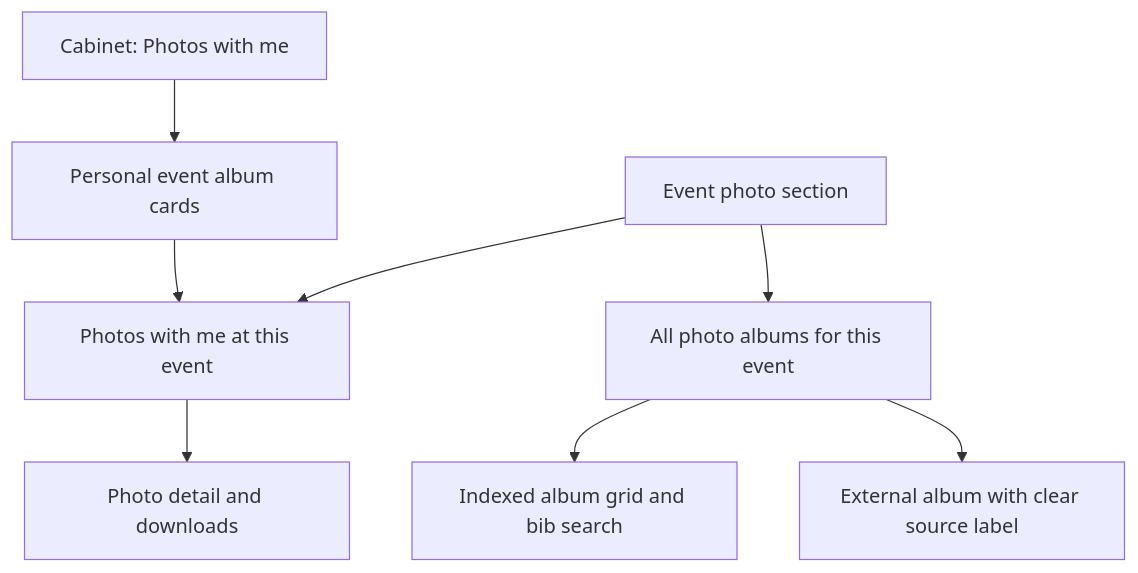
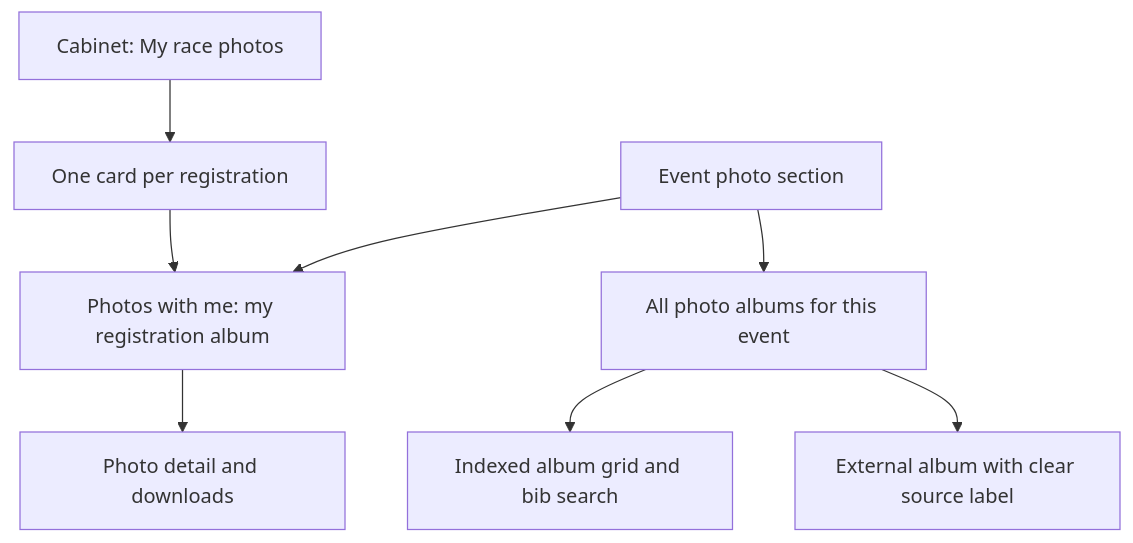
One commit to dchernykh1984/cycling-site changed the diagram in specs/349-external-photo-albums/contracts/user-journeys.md. Above: the diagram before and after it, drawn with Mermaid. The commit also changed other lines of this file and 7 other files, not shown here.

Commit message:
docs(photos): give every registration its own photo album, and a coach their trainees' albums

````diff
--- a/specs/349-external-photo-albums/contracts/user-journeys.md
+++ b/specs/349-external-photo-albums/contracts/user-journeys.md
@@ -23,10 +22,10 @@
 ```mermaid
 flowchart TD
-  Event[Event photo section] --> Mine[Photos with me at this event]
+  Event[Event photo section] --> Mine[Photos with me: my registration album]
   Event --> Albums[All photo albums for this event]
-  Profile[Cabinet: Photos with me] --> Cards[Personal event album cards]
+  Profile[Cabinet: My race photos] --> Cards[One card per registration]
   Cards --> Mine
   Mine --> Photo[Photo detail and downloads]
   Albums --> Indexed[Indexed album grid and bib search]
   Albums --> External[External album with clear source label]
 ```
````
